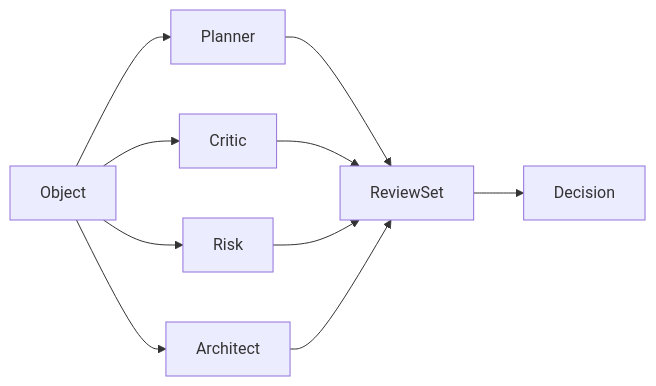
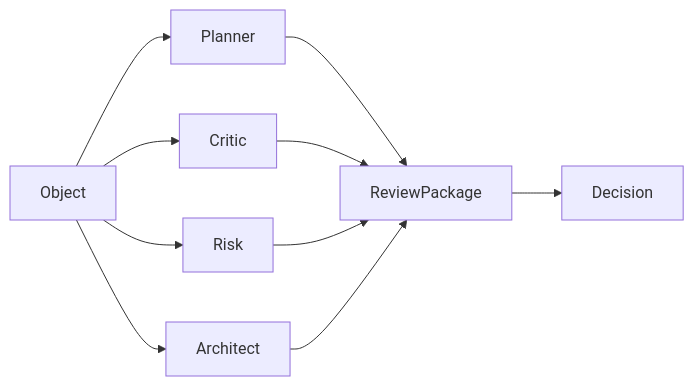
The second of 3 diagrams in rfcs/020-review-system.md (tiroq/praxis), drawn with Mermaid before and after one commit. The commit also changed other lines of this file, not shown here.

Commit message:
Refine RFC-020 Review System; enhance review evidence section, introduce Review Package concept, and clarify review lifecycle and policies

````diff
--- a/rfcs/020-review-system.md
+++ b/rfcs/020-review-system.md
@@ -196,12 +177,12 @@
 ```mermaid
 flowchart LR
 Object --> Planner
 Object --> Critic
 Object --> Risk
 Object --> Architect
-Planner --> ReviewSet
-Critic --> ReviewSet
-Risk --> ReviewSet
-Architect --> ReviewSet
-ReviewSet --> Decision
+Planner --> ReviewPackage
+Critic --> ReviewPackage
+Risk --> ReviewPackage
+Architect --> ReviewPackage
+ReviewPackage --> Decision
 ```
````
